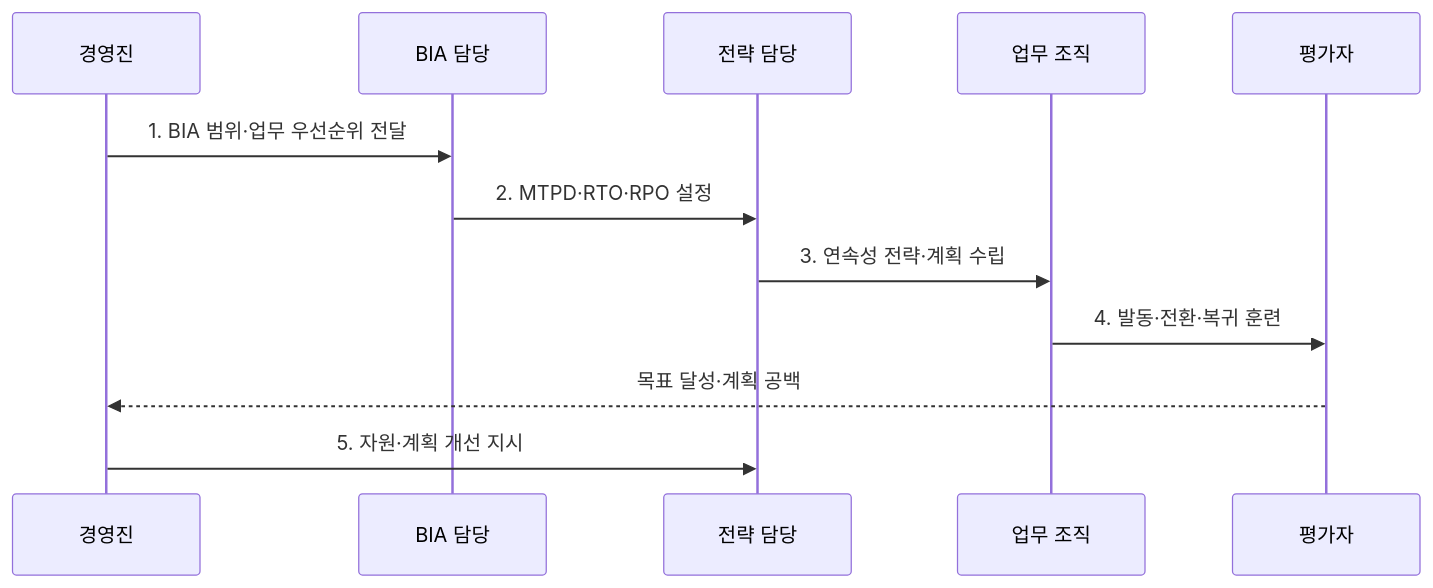
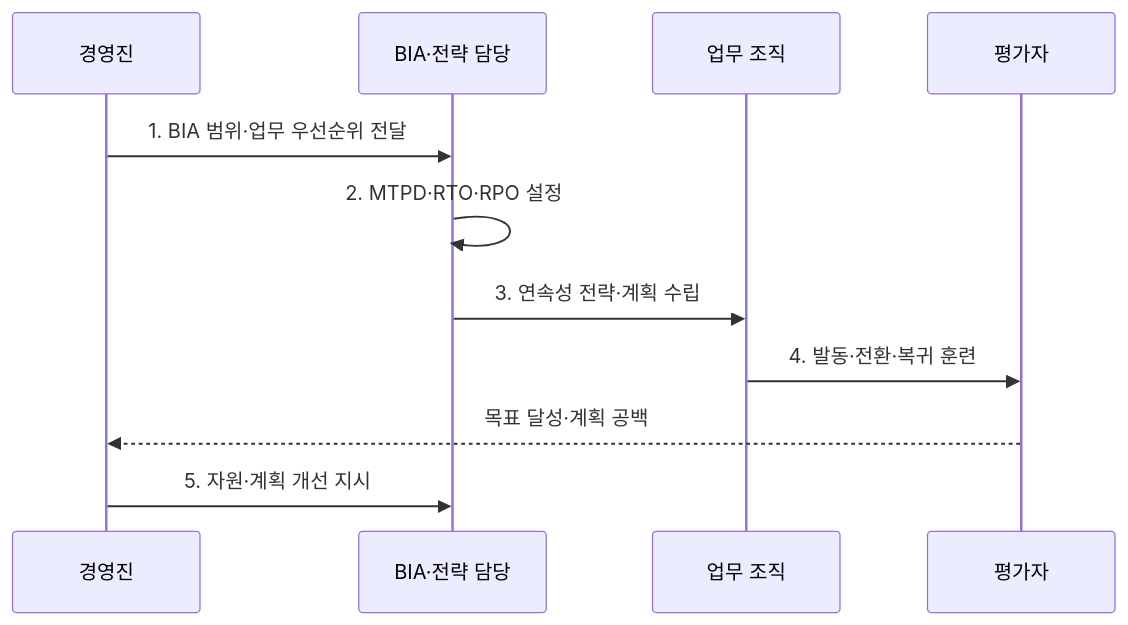
Before and after one commit to agnusdei1207/knowledge-base: the second of 2 diagrams in src/content/docs/notes/05-security/110_business_continuity_plan.md, drawn with Mermaid. The commit also changed 6 other files, not shown here.

Commit message:
Simplify governance and forensics sequences

````diff
--- a/src/content/docs/notes/05-security/110_business_continuity_plan.md
+++ b/src/content/docs/notes/05-security/110_business_continuity_plan.md
@@ -99,14 +99,13 @@
 ```mermaid
 sequenceDiagram
   participant M as 경영진
-  participant B as BIA 담당
-  participant S as 전략 담당
+  participant S as BIA·전략 담당
   participant O as 업무 조직
   participant A as 평가자
-  M->>B: 1. BIA 범위·업무 우선순위 전달
-  B->>S: 2. MTPD·RTO·RPO 설정
+  M->>S: 1. BIA 범위·업무 우선순위 전달
+  S->>S: 2. MTPD·RTO·RPO 설정
   S->>O: 3. 연속성 전략·계획 수립
   O->>A: 4. 발동·전환·복귀 훈련
   A-->>M: 목표 달성·계획 공백
   M->>S: 5. 자원·계획 개선 지시
 ```
````
